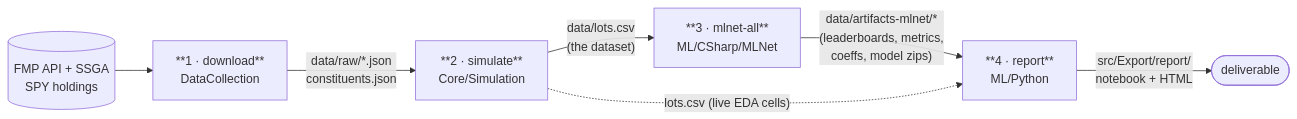
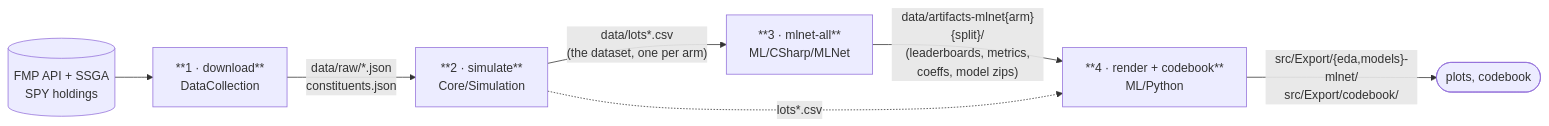
One commit to ieatyoursushi/DirectIndexing_ML changed the diagram in README.md. Above: the diagram before and after it, drawn with Mermaid. The commit also changed other lines of this file and 4 other files, not shown here.

````diff
--- a/README.md
+++ b/README.md
@@ -116,9 +127,9 @@
 ```mermaid
 flowchart LR
     FMP[(FMP API + SSGA<br/>SPY holdings)] --> L1
     L1["**1 · download**<br/>DataCollection"] -->|"data/raw/*.json<br/>constituents.json"| L2
-    L2["**2 · simulate**<br/>Core/Simulation"] -->|"data/lots.csv<br/>(the dataset)"| L3
-    L3["**3 · mlnet-all**<br/>ML/CSharp/MLNet"] -->|"data/artifacts-mlnet/*<br/>(leaderboards, metrics,<br/>coeffs, model zips)"| L4
-    L4["**4 · report**<br/>ML/Python"] -->|"src/Export/report/<br/>notebook + HTML"| OUT([deliverable])
-    L2 -.->|"lots.csv (live EDA cells)"| L4
+    L2["**2 · simulate**<br/>Core/Simulation"] -->|"data/lots*.csv<br/>(the dataset, one per arm)"| L3
+    L3["**3 · mlnet-all**<br/>ML/CSharp/MLNet"] -->|"data/artifacts-mlnet{arm}{split}/<br/>(leaderboards, metrics,<br/>coeffs, model zips)"| L4
+    L4["**4 · render + codebook**<br/>ML/Python"] -->|"src/Export/{eda,models}-mlnet/<br/>src/Export/codebook/"| OUT([plots, codebook])
+    L2 -.->|"lots*.csv"| L4
 ```
````
